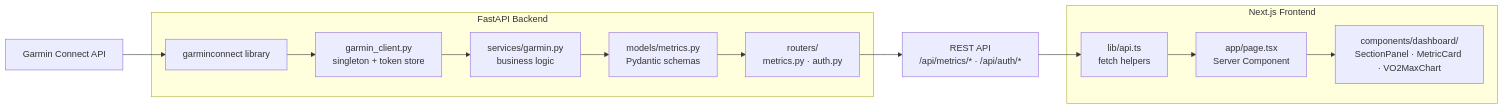
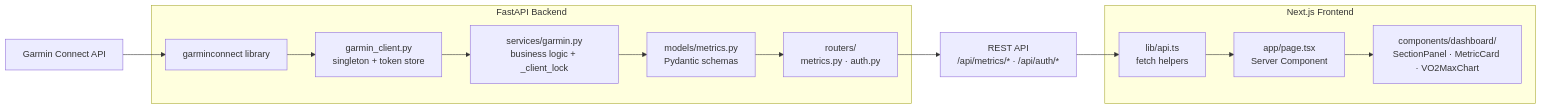
Before and after one commit to solarflarefx/health-dashboard: the first of 6 diagrams in docs/architecture.md, drawn with Mermaid. The commit also changed other lines of this file and 7 other files, not shown here.

````diff
--- a/docs/architecture.md
+++ b/docs/architecture.md
@@ -32,30 +32,30 @@
 ```mermaid
 flowchart LR
     GC[Garmin Connect API]
     LIB[garminconnect library]
     GC --> LIB
 
     subgraph Backend["FastAPI Backend"]
         GC_CLIENT[garmin_client.py<br/>singleton + token store]
-        SVC[services/garmin.py<br/>business logic]
+        SVC[services/garmin.py<br/>business logic + _client_lock]
         MDL[models/metrics.py<br/>Pydantic schemas]
         RTR[routers/<br/>metrics.py · auth.py]
         LIB --> GC_CLIENT
         GC_CLIENT --> SVC
         SVC --> MDL
         MDL --> RTR
     end
 
     REST[REST API<br/>/api/metrics/* · /api/auth/*]
     RTR --> REST
 
     subgraph Frontend["Next.js Frontend"]
         API[lib/api.ts<br/>fetch helpers]
         PAGE[app/page.tsx<br/>Server Component]
         COMP[components/dashboard/<br/>SectionPanel · MetricCard · VO2MaxChart]
         API --> PAGE
         PAGE --> COMP
     end
 
     REST --> API
 ```
````
